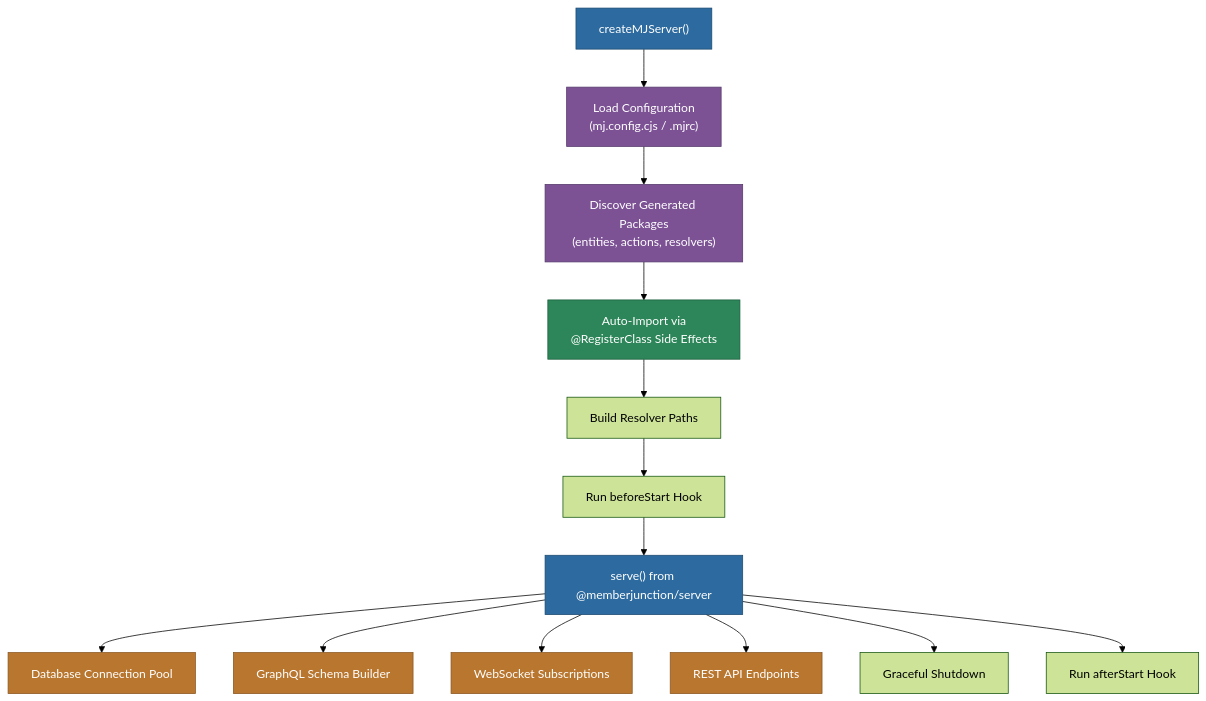
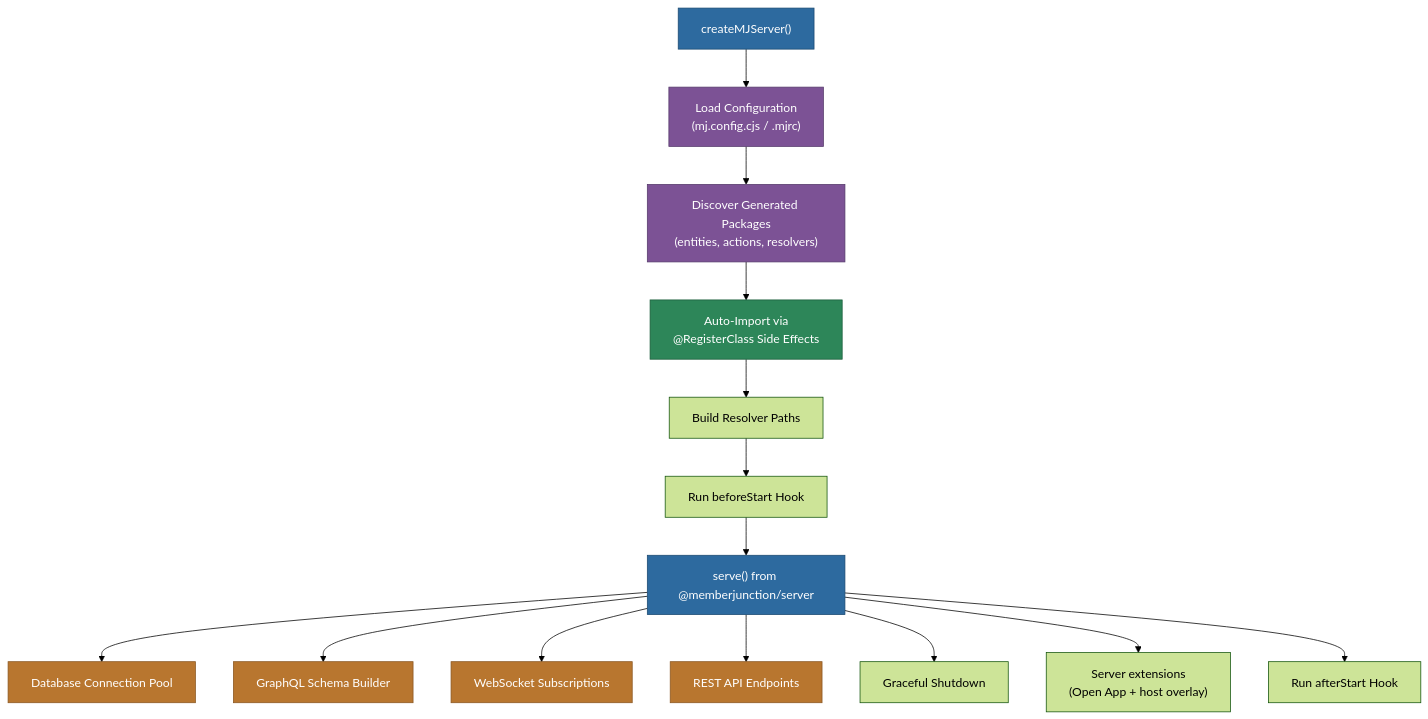
One commit to MemberJunction/MJ changed the diagram in packages/ServerBootstrap/README.md. Above: the diagram before and after it, drawn with Mermaid (forest theme). The commit also changed other lines of this file and 14 other files, not shown here.

First line of the commit message:
feat(server): auto-load Open App serverExtensions from installed packages

````diff
--- a/packages/ServerBootstrap/README.md
+++ b/packages/ServerBootstrap/README.md
@@ -9,27 +9,28 @@
 ```mermaid
 graph TD
     A["createMJServer()"] --> B["Load Configuration<br/>(mj.config.cjs / .mjrc)"]
     B --> C["Discover Generated Packages<br/>(entities, actions, resolvers)"]
     C --> D["Auto-Import via<br/>@RegisterClass Side Effects"]
     D --> E["Build Resolver Paths"]
     E --> F["Run beforeStart Hook"]
     F --> G["serve() from @memberjunction/server"]
 
     G --> H["Database Connection Pool"]
     G --> I["GraphQL Schema Builder"]
     G --> J["WebSocket Subscriptions"]
     G --> K["REST API Endpoints"]
     G --> L["Graceful Shutdown"]
+    G --> N["Server extensions<br/>(Open App + host overlay)"]
 
     G --> M["Run afterStart Hook"]
 
     style A fill:#2d6a9f,stroke:#1a4971,color:#fff
     style B fill:#7c5295,stroke:#563a6b,color:#fff
     style C fill:#7c5295,stroke:#563a6b,color:#fff
     style D fill:#2d8659,stroke:#1a5c3a,color:#fff
     style G fill:#2d6a9f,stroke:#1a4971,color:#fff
     style H fill:#b8762f,stroke:#8a5722,color:#fff
     style I fill:#b8762f,stroke:#8a5722,color:#fff
     style J fill:#b8762f,stroke:#8a5722,color:#fff
     style K fill:#b8762f,stroke:#8a5722,color:#fff
 ```
````
